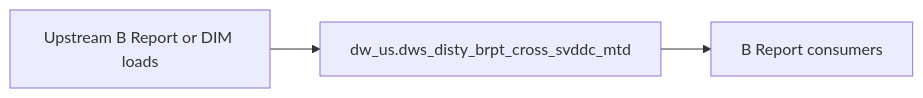
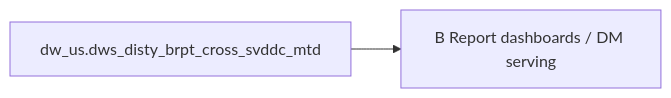
One commit to chengduhaha/data_agent changed the diagram in backend/defaults/b_report/workspace/target/knowledgebase/b-report-us/dws_disty_brpt_cross_svddc_mtd.md. Above: the diagram before and after it, drawn with Mermaid. The commit also changed other lines of this file and 1108 other files, not shown here.

````diff
--- a/backend/defaults/b_report/workspace/target/knowledgebase/b-report-us/dws_disty_brpt_cross_svddc_mtd.md
+++ b/backend/defaults/b_report/workspace/target/knowledgebase/b-report-us/dws_disty_brpt_cross_svddc_mtd.md
@@ -150,8 +282,6 @@
 ```mermaid
 flowchart LR
-  upstream[Upstream B Report or DIM loads]
-  tgt["dw_us.dws_disty_brpt_cross_svddc_mtd"]
-  brpt[B Report consumers]
-  upstream --> tgt
-  tgt --> brpt
+  dw_us_dws_disty_brpt_cross_svddc_mtd["dw_us.dws_disty_brpt_cross_svddc_mtd"]
+  consumers["B Report dashboards / DM serving"]
+  dw_us_dws_disty_brpt_cross_svddc_mtd --> consumers
 ```
````
